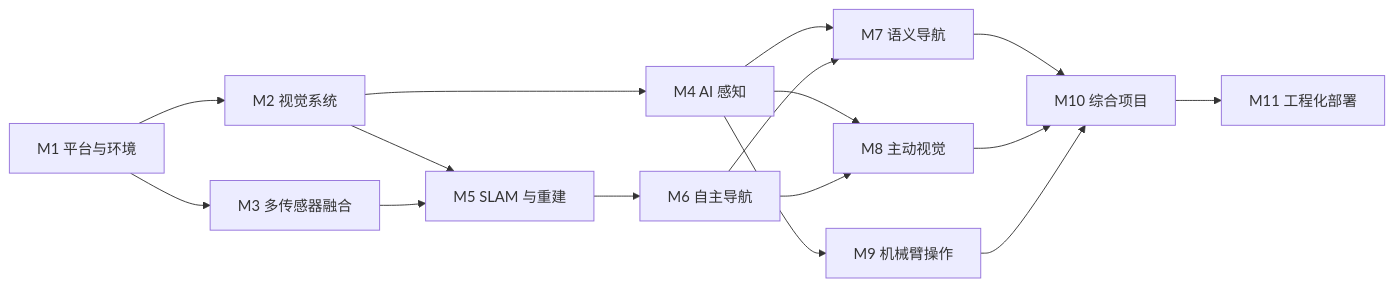
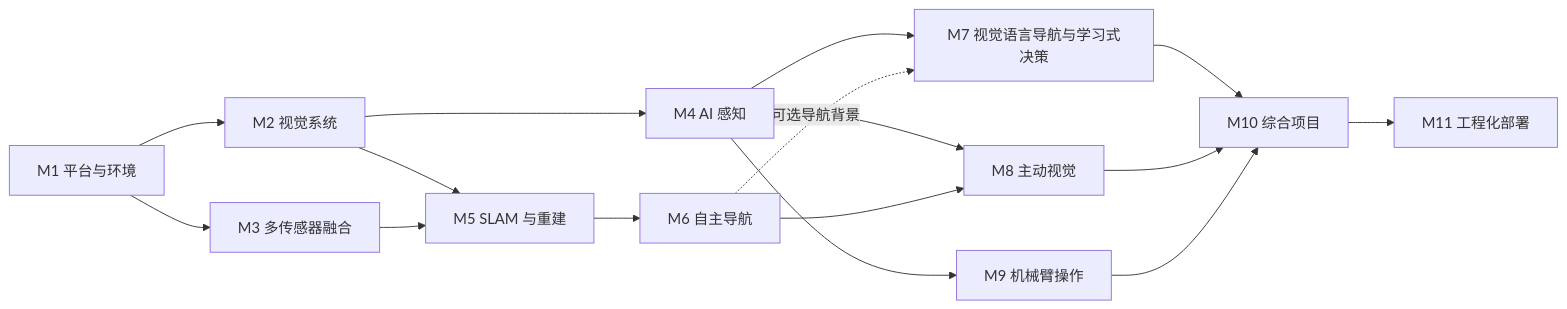
The diagram in README_CN.md (Seeed-Projects/mobile-robot-full-stack-course), drawn with Mermaid before and after one commit. The commit also changed other lines of this file and 258 other files, not shown here.

````diff
--- a/README_CN.md
+++ b/README_CN.md
@@ -45,30 +45,30 @@
 ```mermaid
 flowchart LR
     M1[M1 平台与环境]
     M2[M2 视觉系统]
     M3[M3 多传感器融合]
     M4[M4 AI 感知]
     M5[M5 SLAM 与重建]
     M6[M6 自主导航]
-    M7[M7 语义导航]
+    M7[M7 视觉语言导航与学习式决策]
     M8[M8 主动视觉]
     M9[M9 机械臂操作]
     M10[M10 综合项目]
     M11[M11 工程化部署]
 
     M1 --> M2
     M1 --> M3
     M2 --> M4
     M2 --> M5
     M3 --> M5
     M5 --> M6
     M4 --> M7
-    M6 --> M7
+    M6 -. 可选导航背景 .-> M7
     M4 --> M8
     M6 --> M8
     M4 --> M9
     M7 --> M10
     M8 --> M10
     M9 --> M10
     M10 --> M11
 ```
````
